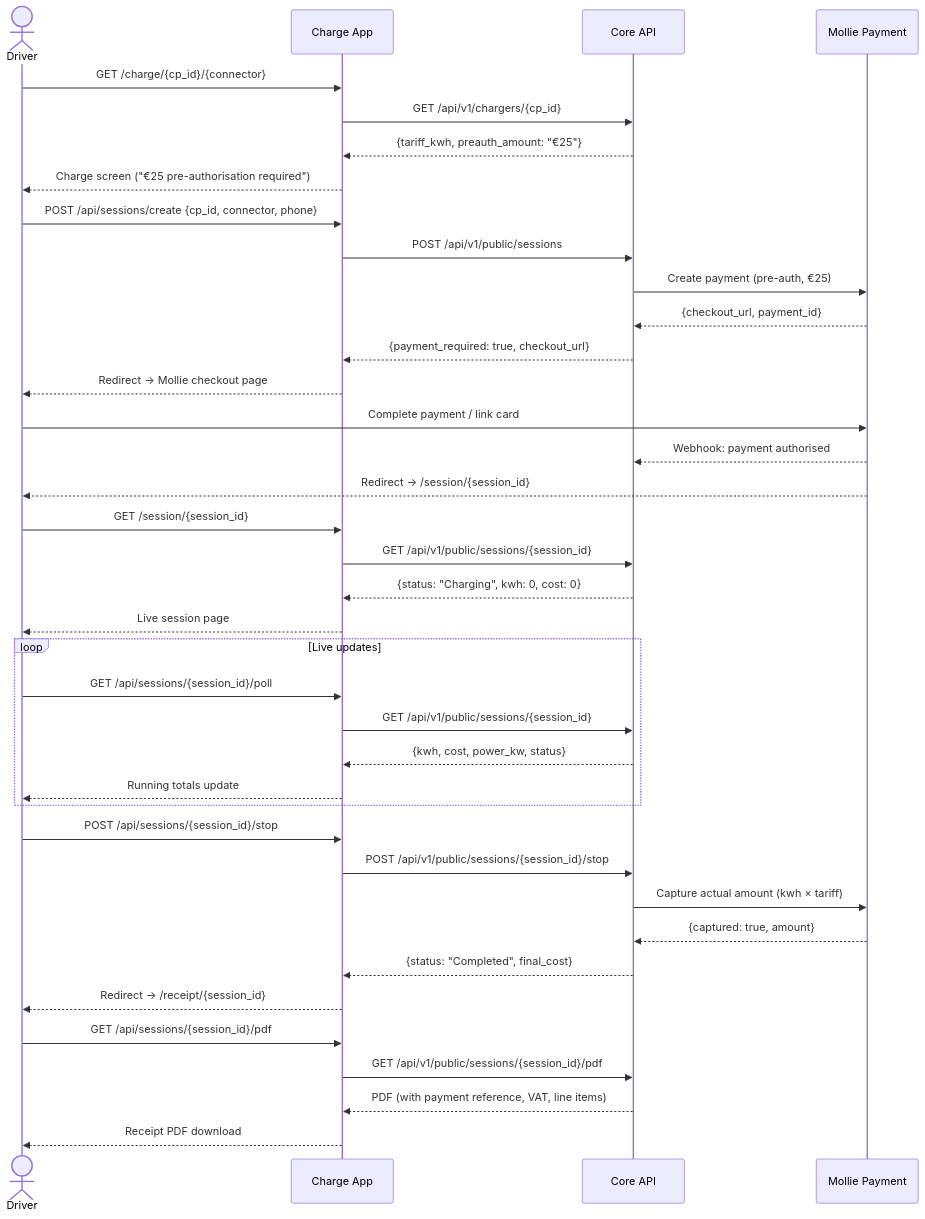
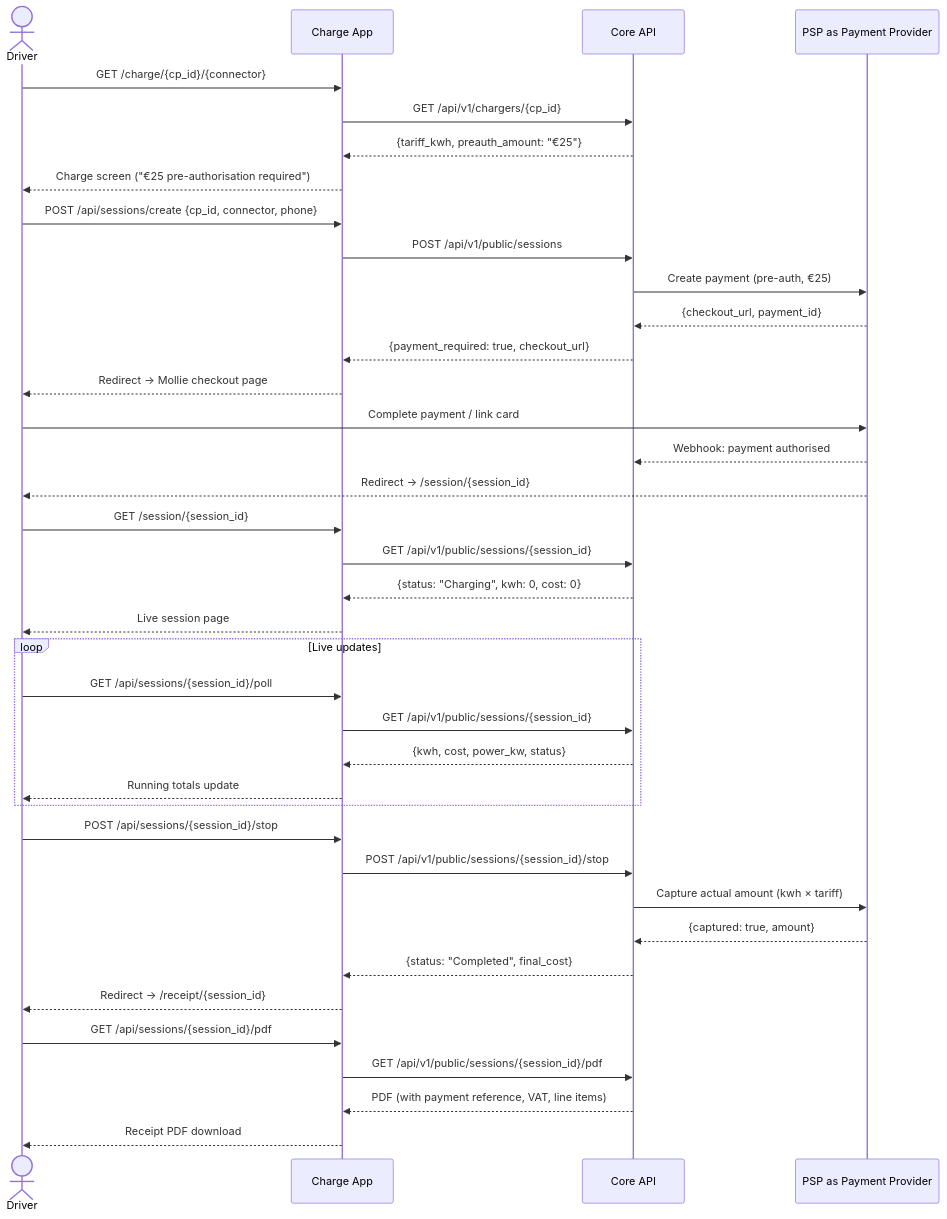
The third of 3 diagrams in docs/flows.md (pawan-pretium/opencpo-charge-app), drawn with Mermaid before and after one commit. The commit also changed other lines of this file and 12 other files, not shown here.

Commit message:
Open source cleanup: generic branding, payment provider abstraction, fix defaults

````diff
--- a/docs/flows.md
+++ b/docs/flows.md
@@ -141,47 +141,47 @@
 ```mermaid
 sequenceDiagram
     actor Driver
     participant App as Charge App
     participant Core as Core API
-    participant Mollie as Mollie Payment
+    participant Mollie as PSP as Payment Provider
 
     Driver->>App: GET /charge/{cp_id}/{connector}
     App->>Core: GET /api/v1/chargers/{cp_id}
     Core-->>App: {tariff_kwh, preauth_amount: "€25"}
     App-->>Driver: Charge screen ("€25 pre-authorisation required")
 
     Driver->>App: POST /api/sessions/create {cp_id, connector, phone}
     App->>Core: POST /api/v1/public/sessions
     Core->>Mollie: Create payment (pre-auth, €25)
     Mollie-->>Core: {checkout_url, payment_id}
     Core-->>App: {payment_required: true, checkout_url}
     App-->>Driver: Redirect → Mollie checkout page
 
     Driver->>Mollie: Complete payment / link card
     Mollie-->>Core: Webhook: payment authorised
     Mollie-->>Driver: Redirect → /session/{session_id}
 
     Driver->>App: GET /session/{session_id}
     App->>Core: GET /api/v1/public/sessions/{session_id}
     Core-->>App: {status: "Charging", kwh: 0, cost: 0}
     App-->>Driver: Live session page
 
     loop Live updates
         Driver->>App: GET /api/sessions/{session_id}/poll
         App->>Core: GET /api/v1/public/sessions/{session_id}
         Core-->>App: {kwh, cost, power_kw, status}
         App-->>Driver: Running totals update
     end
 
     Driver->>App: POST /api/sessions/{session_id}/stop
     App->>Core: POST /api/v1/public/sessions/{session_id}/stop
     Core->>Mollie: Capture actual amount (kwh × tariff)
     Mollie-->>Core: {captured: true, amount}
     Core-->>App: {status: "Completed", final_cost}
     App-->>Driver: Redirect → /receipt/{session_id}
 
     Driver->>App: GET /api/sessions/{session_id}/pdf
     App->>Core: GET /api/v1/public/sessions/{session_id}/pdf
     Core-->>App: PDF (with payment reference, VAT, line items)
     App-->>Driver: Receipt PDF download
 ```
````
